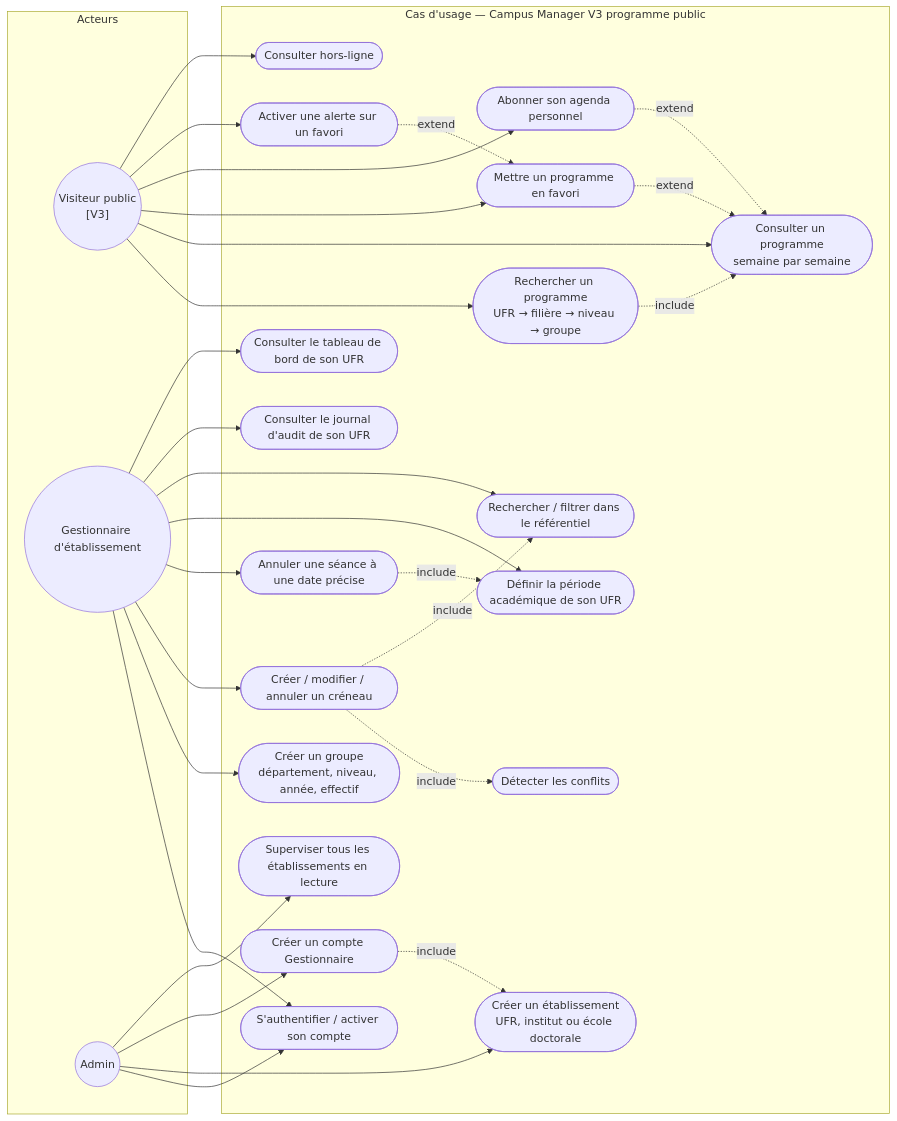
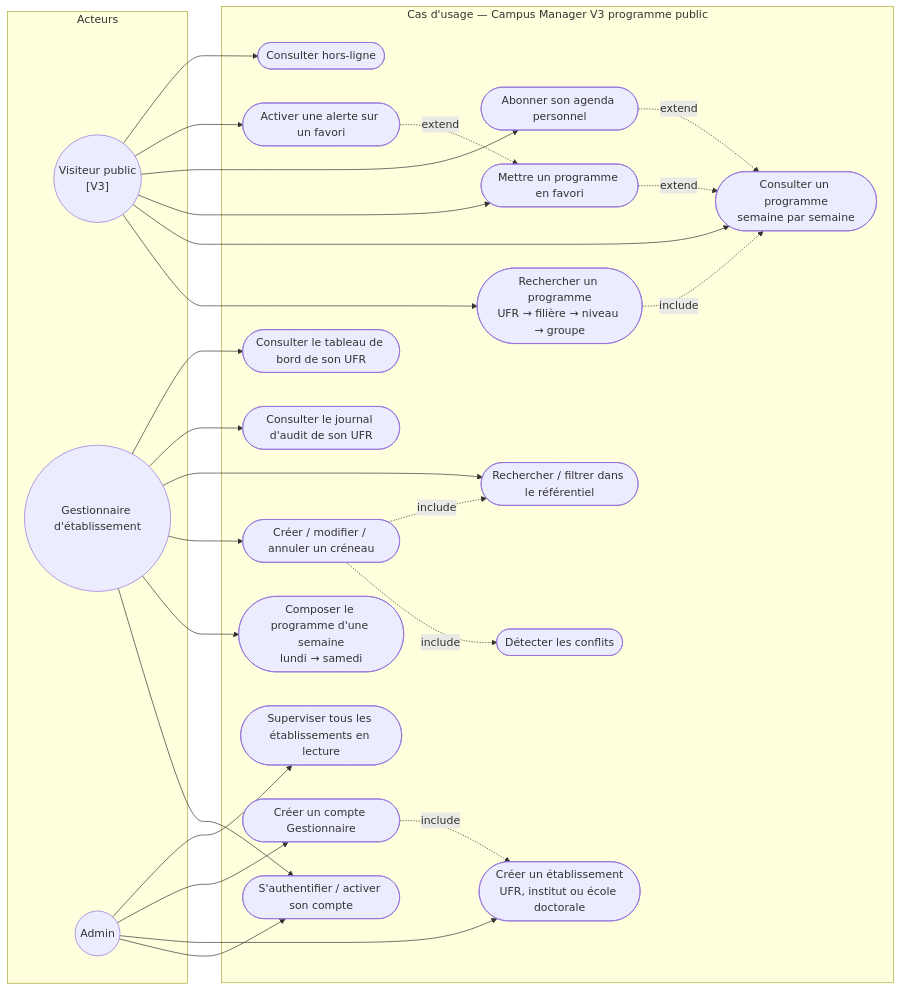
One commit to Kevin23phx/Gestionnaire_emploi_de_temps changed the second of 7 diagrams in docs/05_UML_C4_Campus_Manager.md. Above: the diagram before and after it, drawn with Mermaid. The commit also changed other lines of this file and 21 other files, not shown here.

````diff
--- a/docs/05_UML_C4_Campus_Manager.md
+++ b/docs/05_UML_C4_Campus_Manager.md
@@ -43,58 +45,53 @@
 ```mermaid
 graph LR
     subgraph Acteurs
         V(("Visiteur public<br/>[V3]"))
         S((Gestionnaire d'établissement))
         A((Admin))
     end
 
     subgraph "Cas d'usage — Campus Manager V3 programme public"
         UP1(["Rechercher un programme<br/>UFR → filière → niveau → groupe"])
         UP2(["Consulter un programme<br/>semaine par semaine"])
         UP3(["Mettre un programme en favori"])
         UP4(["Abonner son agenda personnel"])
         UP5(["Activer une alerte sur un favori"])
         UP6(["Consulter hors-ligne"])
 
         UC1(["S'authentifier / activer son compte"])
-        UC22(["Créer un groupe<br/>département, niveau, année, effectif"])
+        UC22(["Composer le programme d'une semaine<br/>lundi → samedi"])
         UC8(["Créer / modifier / annuler un créneau"])
         UC9(["Détecter les conflits"])
-        UC19(["Annuler une séance à une date précise"])
-        UC20(["Définir la période académique de son UFR"])
         UC21(["Rechercher / filtrer dans le référentiel"])
         UC11(["Consulter le journal d'audit de son UFR"])
         UC12(["Consulter le tableau de bord de son UFR"])
         UC13(["Créer un établissement<br/>UFR, institut ou école doctorale"])
         UC14(["Créer un compte Gestionnaire"])
         UC15(["Superviser tous les établissements en lecture"])
     end
 
     V --> UP1
     V --> UP2
     V --> UP3
     V --> UP4
     V --> UP5
     V --> UP6
     S --> UC1
     S --> UC22
     S --> UC8
-    S --> UC19
-    S --> UC20
     S --> UC21
     S --> UC11
     S --> UC12
     A --> UC1
     A --> UC13
     A --> UC14
     A --> UC15
 
     UP1 -. include .-> UP2
     UP3 -. extend .-> UP2
     UP4 -. extend .-> UP2
     UP5 -. extend .-> UP3
     UC8 -. include .-> UC9
-    UC19 -. include .-> UC20
     UC14 -. include .-> UC13
     UC8 -. include .-> UC21
 ```
````
